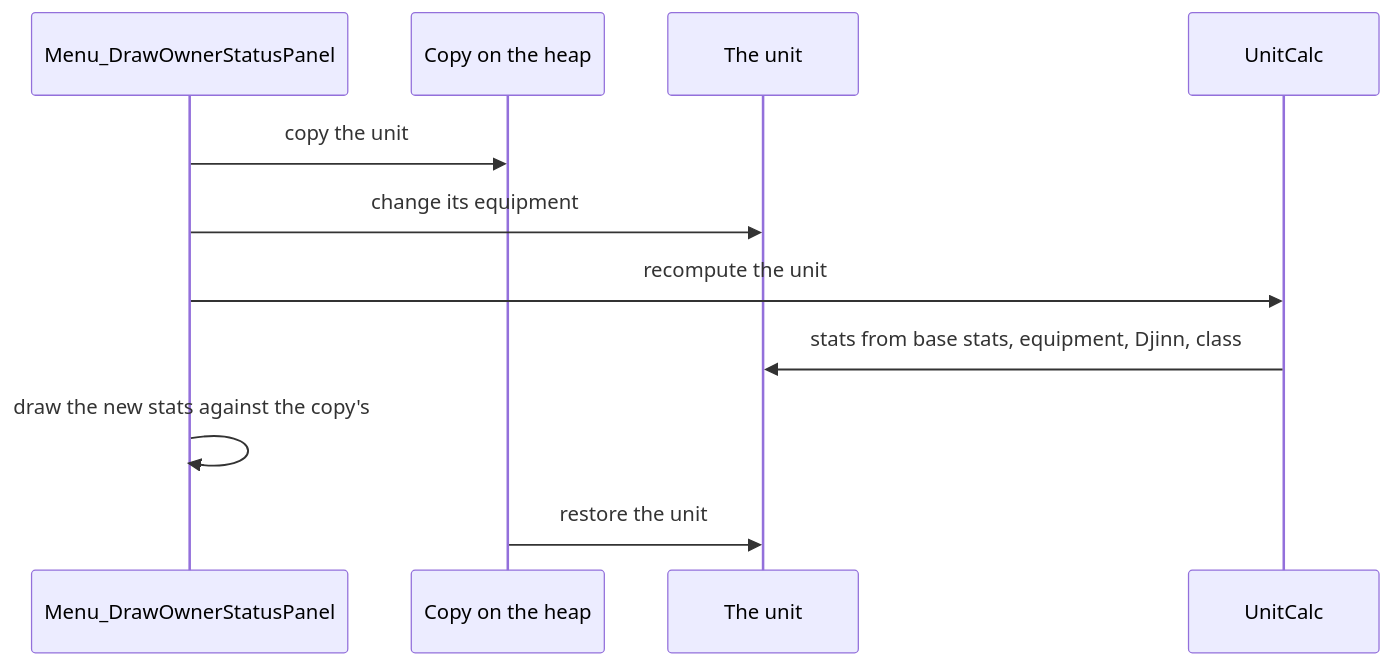
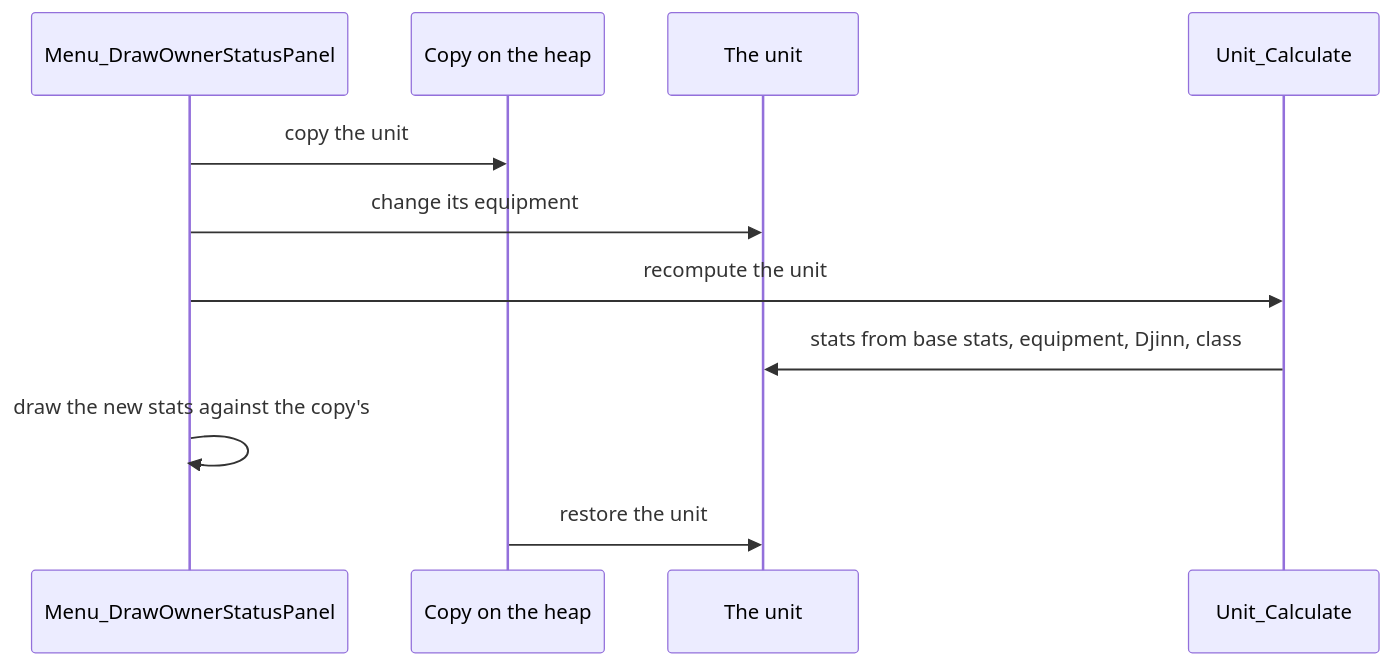
Before and after one commit to PascalPixel/alchemy: the second of 3 diagrams in games/tbs/src/game/README.md, drawn with Mermaid. The commit also changed other lines of this file and 472 other files, not shown here.

````diff
--- a/games/tbs/src/game/README.md
+++ b/games/tbs/src/game/README.md
@@ -154,13 +154,13 @@
 ```mermaid
 sequenceDiagram
     participant M as Menu_DrawOwnerStatusPanel
     participant H as Copy on the heap
     participant U as The unit
-    participant C as UnitCalc
+    participant C as Unit_Calculate
     M->>H: copy the unit
     M->>U: change its equipment
     M->>C: recompute the unit
     C->>U: stats from base stats, equipment, Djinn, class
     M->>M: draw the new stats against the copy's
     H->>U: restore the unit
 ```
````
